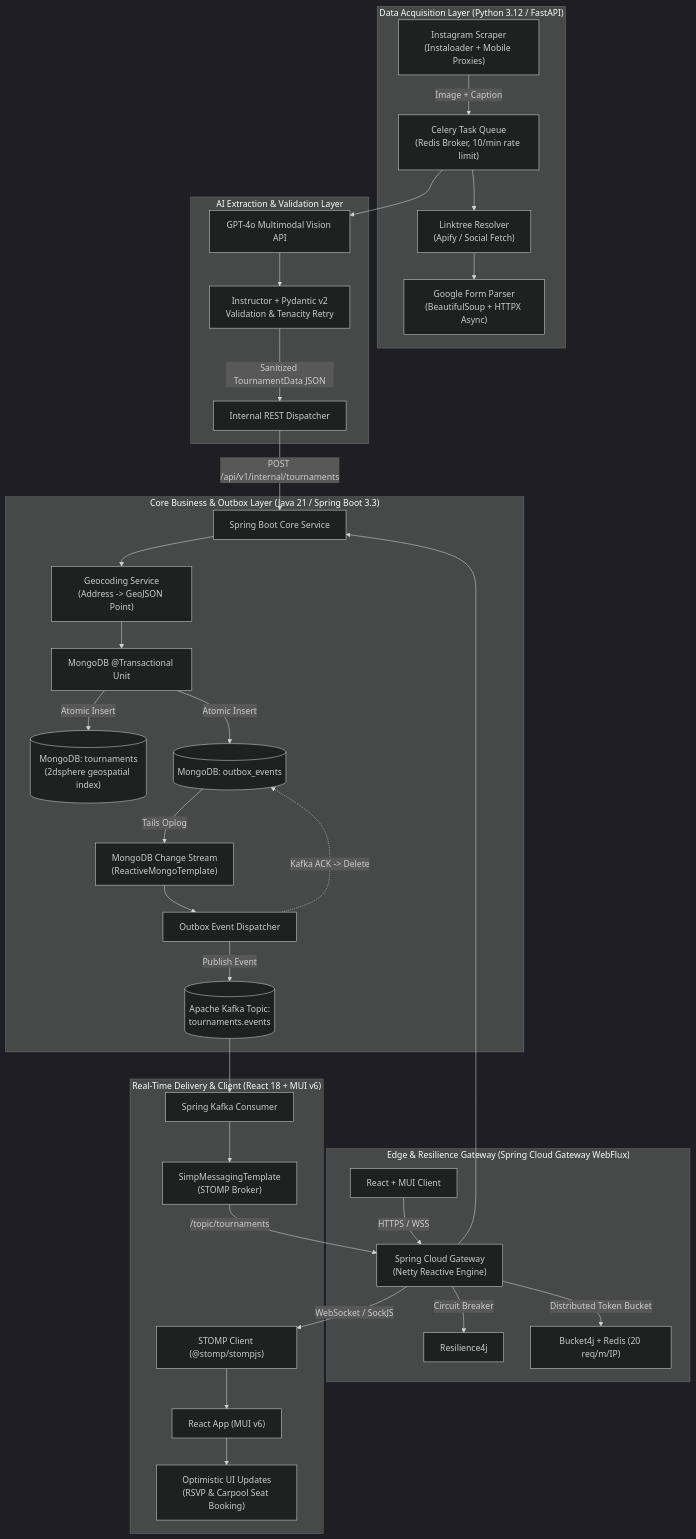
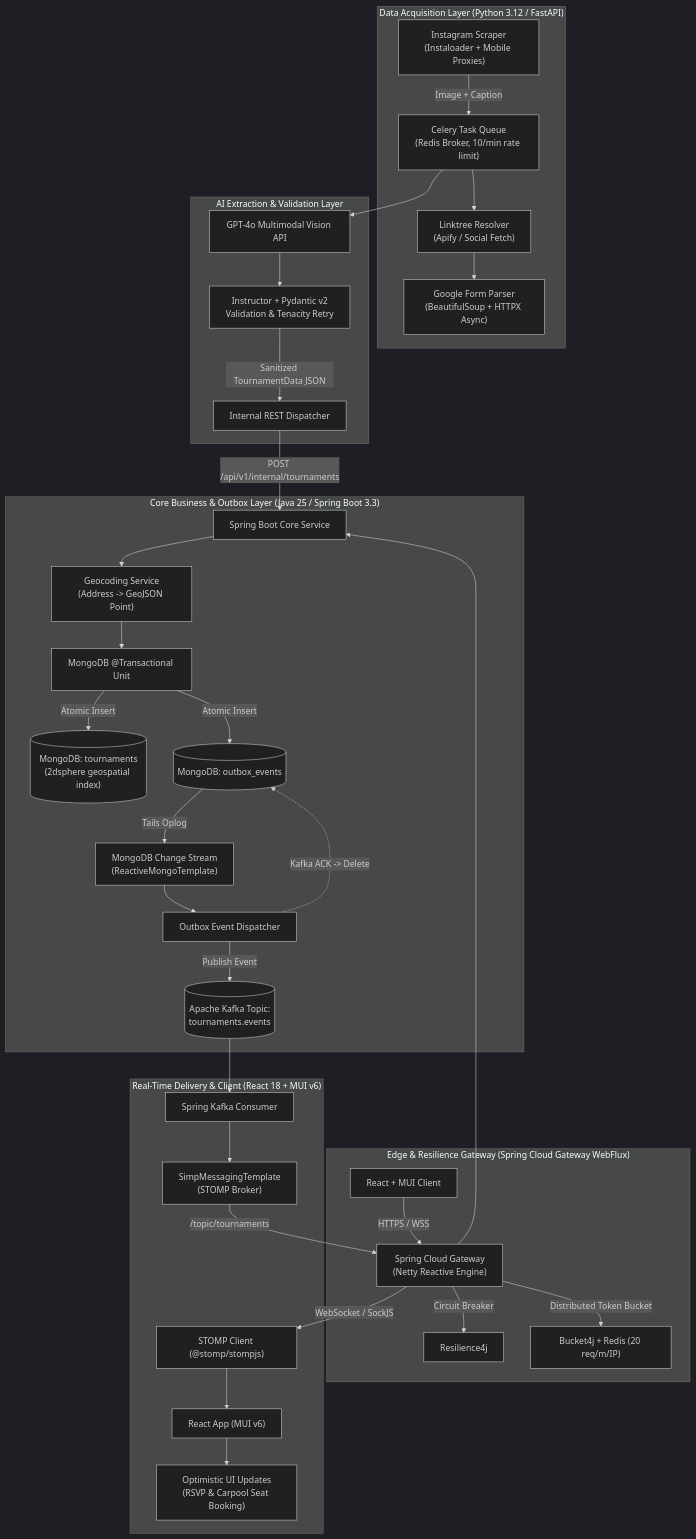
One commit to SuperHuyGaming/badminton-tournament-finder changed the diagram in README.md. Above: the diagram before and after it, drawn with Mermaid (dark theme). The commit also changed other lines of this file and 10 other files, not shown here.

````diff
--- a/README.md
+++ b/README.md
@@ -30,43 +30,43 @@
 ```mermaid
 flowchart TD
     subgraph Data_Acquisition ["Data Acquisition Layer (Python 3.12 / FastAPI)"]
         IG["Instagram Scraper\n(Instaloader + Mobile Proxies)"] -->|Image + Caption| Celery["Celery Task Queue\n(Redis Broker, 10/min rate limit)"]
         Celery --> LT["Linktree Resolver\n(Apify / Social Fetch)"]
         LT --> GF["Google Form Parser\n(BeautifulSoup + HTTPX Async)"]
     end
 
     subgraph AI_Extraction ["AI Extraction & Validation Layer"]
         Celery --> GPT["GPT-4o Multimodal Vision API"]
         GPT --> Inst["Instructor + Pydantic v2\nValidation & Tenacity Retry"]
         Inst -->|Sanitized TournamentData JSON| IngestClient["Internal REST Dispatcher"]
     end
 
-    subgraph Core_Backend ["Core Business & Outbox Layer (Java 21 / Spring Boot 3.3)"]
+    subgraph Core_Backend ["Core Business & Outbox Layer (Java 25 / Spring Boot 3.3)"]
         IngestClient -->|POST /api/v1/internal/tournaments| CoreAPI["Spring Boot Core Service"]
         CoreAPI --> Geocode["Geocoding Service\n(Address -> GeoJSON Point)"]
         Geocode --> MongoTx["MongoDB @Transactional Unit"]
         MongoTx -->|Atomic Insert| CollTourn[("MongoDB: tournaments\n(2dsphere geospatial index)")]
         MongoTx -->|Atomic Insert| CollOutbox[("MongoDB: outbox_events")]
         
         CollOutbox -->|Tails Oplog| ChangeStream["MongoDB Change Stream\n(ReactiveMongoTemplate)"]
         ChangeStream --> Dispatcher["Outbox Event Dispatcher"]
         Dispatcher -->|Publish Event| Kafka[("Apache Kafka Topic:\ntournaments.events")]
         Dispatcher -.->|Kafka ACK -> Delete| CollOutbox
     end
 
     subgraph Gateway_Edge ["Edge & Resilience Gateway (Spring Cloud Gateway WebFlux)"]
         Client["React + MUI Client"] -->|HTTPS / WSS| Gateway["Spring Cloud Gateway\n(Netty Reactive Engine)"]
         Gateway -->|Circuit Breaker| Resilience["Resilience4j"]
         Gateway -->|Distributed Token Bucket| Bucket["Bucket4j + Redis (20 req/m/IP)"]
         Gateway --> CoreAPI
     end
 
     subgraph RealTime_Frontend ["Real-Time Delivery & Client (React 18 + MUI v6)"]
         Kafka --> KafkaConsumer["Spring Kafka Consumer"]
         KafkaConsumer --> SimpMsg["SimpMessagingTemplate\n(STOMP Broker)"]
         SimpMsg -->|/topic/tournaments| Gateway
         Gateway -->|WebSocket / SockJS| StompClient["STOMP Client (@stomp/stompjs)"]
         StompClient --> ReactState["React App (MUI v6)"]
         ReactState --> Optimistic["Optimistic UI Updates\n(RSVP & Carpool Seat Booking)"]
     end
 ```
````
